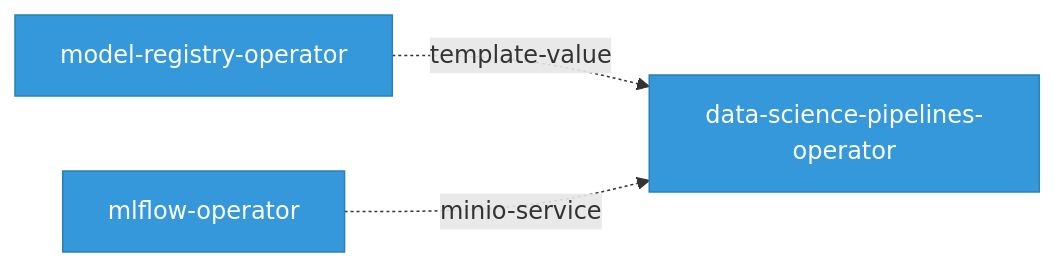
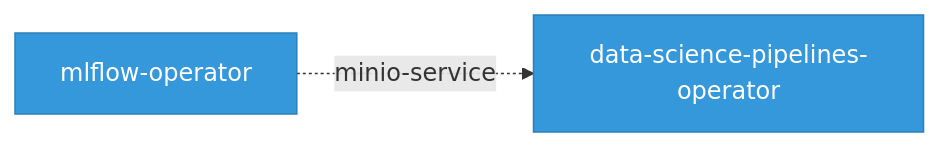
One commit to ugiordan/rhoai-architecture-analyzer changed the diagram in site/docs/odh-platform/network-topology.md. Above: the diagram before and after it, drawn with Mermaid. The commit also changed other lines of this file and 107 other files, not shown here.

````diff
--- a/site/docs/odh-platform/network-topology.md
+++ b/site/docs/odh-platform/network-topology.md
@@ -36,11 +36,9 @@
 ```mermaid
 graph LR
     classDef comp fill:#3498db,stroke:#2980b9,color:#fff
 
     data_science_pipelines_operator["data-science-pipelines-operator"]:::comp
     mlflow_operator["mlflow-operator"]:::comp
-    model_registry_operator["model-registry-operator"]:::comp
 
-    model_registry_operator -.->|"template-value"| data_science_pipelines_operator
     mlflow_operator -.->|"minio-service"| data_science_pipelines_operator
 ```
````
